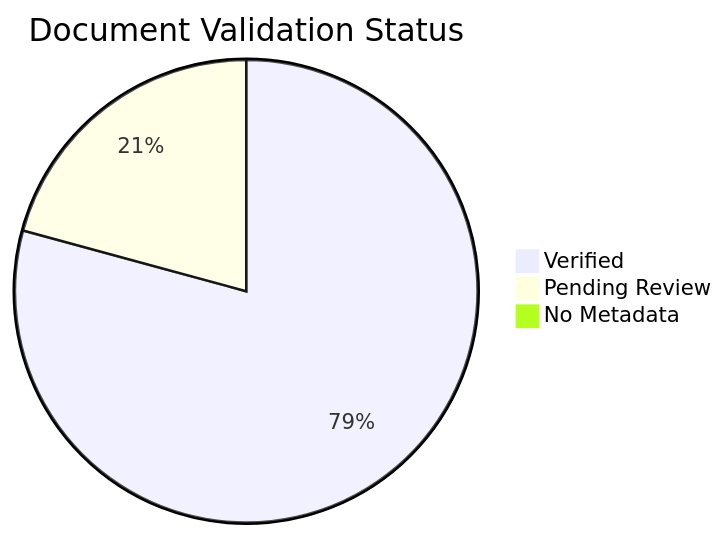
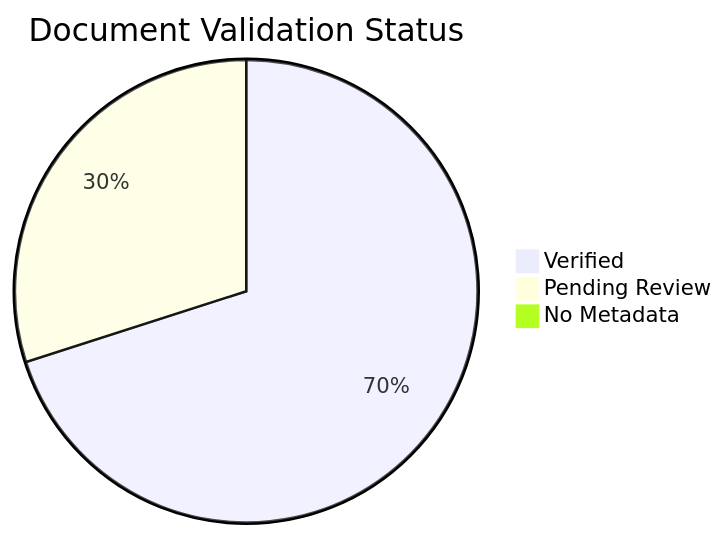
One commit to yeongseon/azure-container-apps-practical-guide changed the diagram in docs/reference/content-validation-status.md. Above: the diagram before and after it, drawn with Mermaid. The commit also changed other lines of this file and 44 other files, not shown here.

````diff
--- a/docs/reference/content-validation-status.md
+++ b/docs/reference/content-validation-status.md
@@ -35,6 +35,6 @@
 ```mermaid
 pie title Document Validation Status
-    "Verified" : 164
-    "Pending Review" : 43
+    "Verified" : 145
+    "Pending Review" : 62
     "No Metadata" : 1
 ```
````
